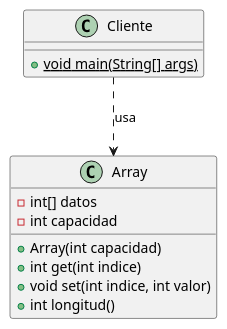
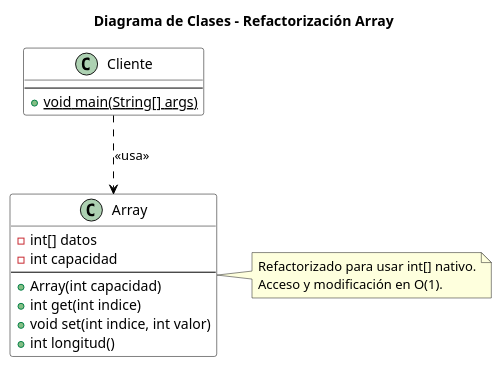
Before and after one commit to sergioopuente/25-26-EDA1: the diagram in entregas/puenteSergio/documentosUML/Diagrama.puml, drawn with PlantUML. The commit also changed 1 other file, not shown here.

Commit message:
Mejora UML

```diff
--- a/entregas/puenteSergio/documentosUML/Diagrama.puml
+++ b/entregas/puenteSergio/documentosUML/Diagrama.puml
@@ -1,16 +1,30 @@
 @startuml
+title Diagrama de Clases - Refactorización Array
+
+skinparam class {
+    BackgroundColor White
+    ArrowColor Black
+    BorderColor Black
+}
+
 class Array {
     - int[] datos
     - int capacidad
+    --
     + Array(int capacidad)
     + int get(int indice)
     + void set(int indice, int valor)
     + int longitud()
 }
+note right of Array
+  Refactorizado para usar int[] nativo.
+  Acceso y modificación en O(1).
+end note
 
 class Cliente {
+    --
     + {static} void main(String[] args)
 }
 
-Cliente ..> Array : usa
+Cliente ..> Array : <<usa>>
 @enduml
```
